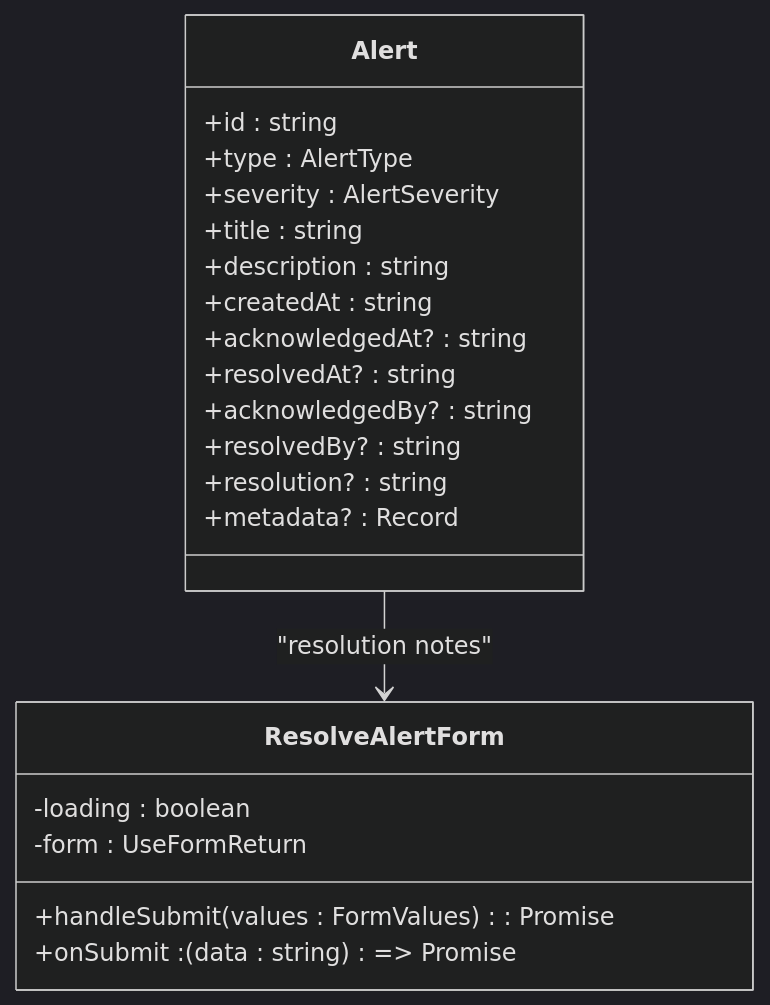
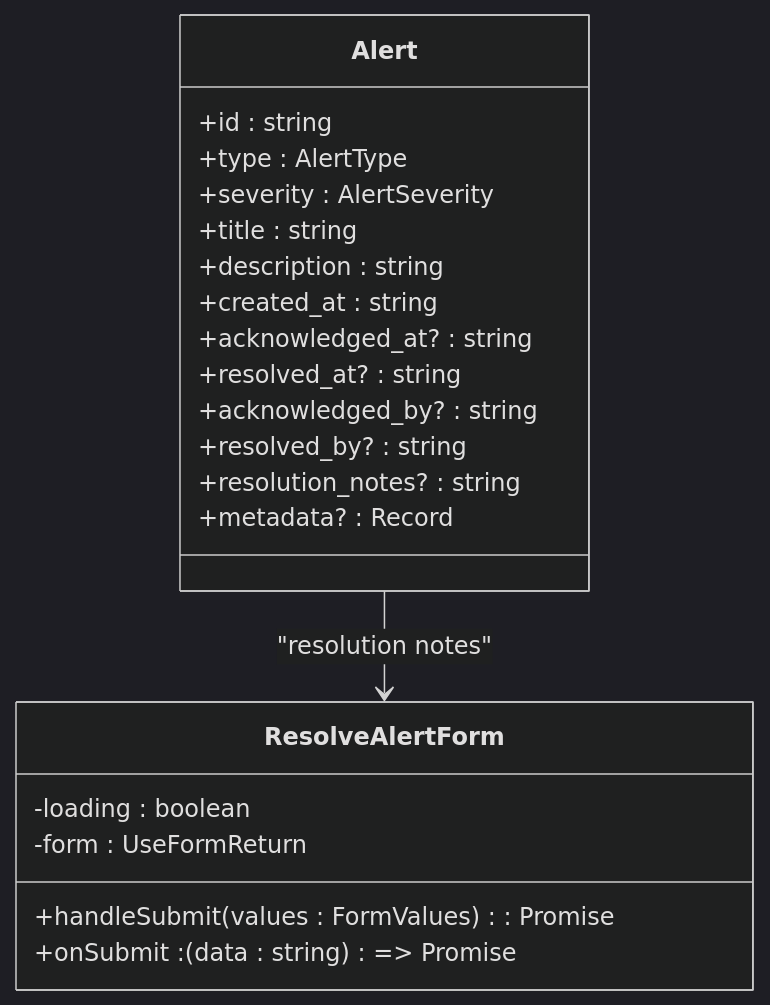
One commit to smedrec/smart-logs changed the third of 6 diagrams in .qoder/repowiki/en/content/Web Application/Alert Management/Resolved Alerts Management.md. Above: the diagram before and after it, drawn with Mermaid (dark theme). The commit also changed other lines of this file and 24 other files, not shown here.

````diff
--- a/.qoder/repowiki/en/content/Web Application/Alert Management/Resolved Alerts Management.md
+++ b/.qoder/repowiki/en/content/Web Application/Alert Management/Resolved Alerts Management.md
@@ -117,24 +131,24 @@
 ```mermaid
 classDiagram
 class Alert {
 +id : string
 +type : AlertType
 +severity : AlertSeverity
 +title : string
 +description : string
-+createdAt : string
-+acknowledgedAt? : string
-+resolvedAt? : string
-+acknowledgedBy? : string
-+resolvedBy? : string
-+resolution? : string
++created_at : string
++acknowledged_at? : string
++resolved_at? : string
++acknowledged_by? : string
++resolved_by? : string
++resolution_notes? : string
 +metadata? : Record<string, any>
 }
 class ResolveAlertForm {
 -loading : boolean
 -form : UseFormReturn
 +handleSubmit(values : FormValues) : Promise
 +onSubmit : (data : string) => Promise
 }
 Alert --> ResolveAlertForm : "resolution notes"
 ```
````
